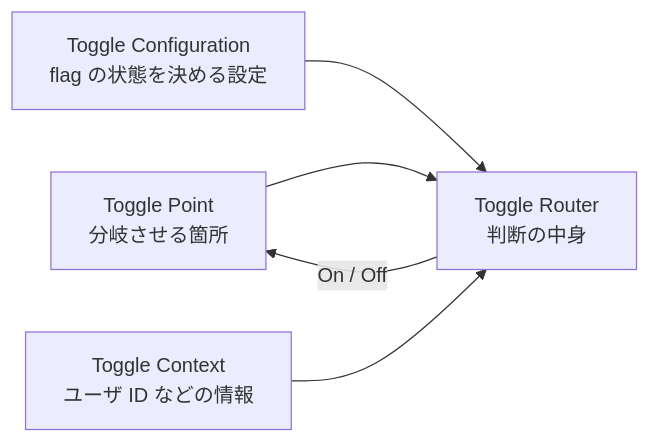
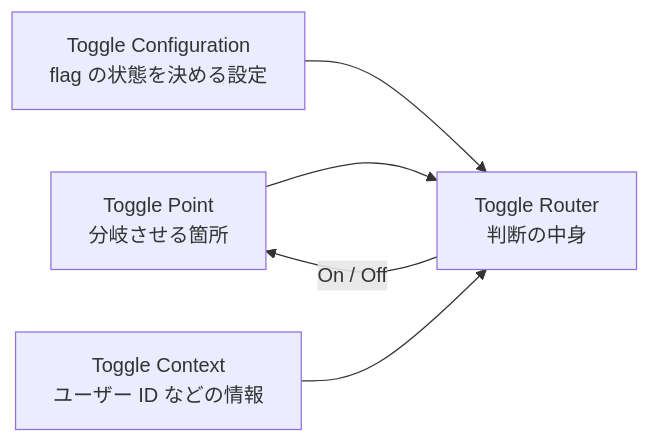
The fourth of 6 diagrams in content/notes/software-architecture/feature-flag/index.md (nao1215/debimate), drawn with Mermaid before and after one commit. The commit also changed other lines of this file and 56 other files, not shown here.

````diff
--- a/content/notes/software-architecture/feature-flag/index.md
+++ b/content/notes/software-architecture/feature-flag/index.md
@@ -119,7 +119,7 @@
 ```mermaid
 flowchart LR
     TP["Toggle Point<br/>分岐させる箇所"] --> TR["Toggle Router<br/>判断の中身"]
     TC["Toggle Configuration<br/>flag の状態を決める設定"] --> TR
-    CX["Toggle Context<br/>ユーザ ID などの情報"] --> TR
+    CX["Toggle Context<br/>ユーザー ID などの情報"] --> TR
     TR -- "On / Off" --> TP
 ```
````
